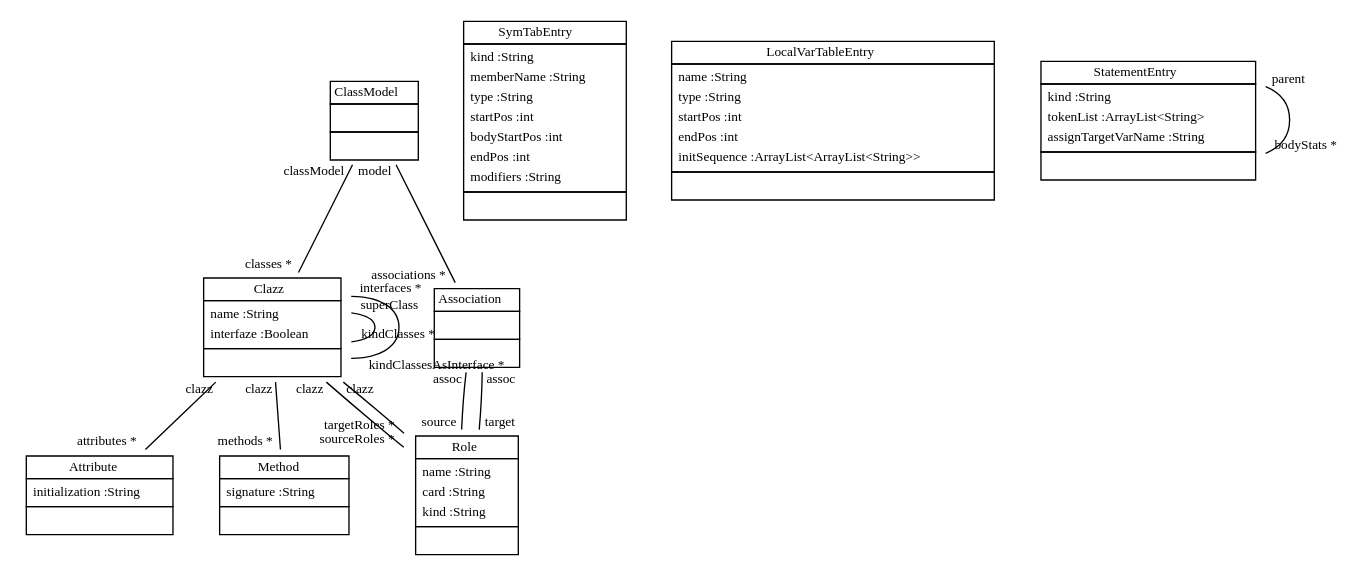
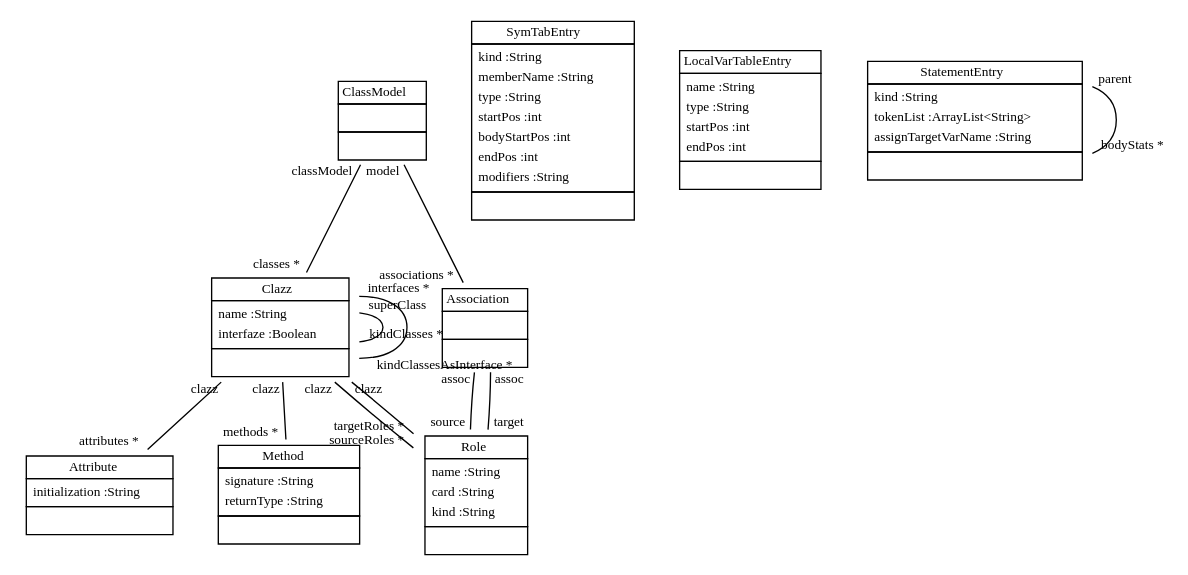
Before and after one commit to fujaba/SDMLib: the diagram in doc/ClassModelClasses01.dot, drawn with Graphviz. The commit also changed 61 other files, not shown here.

```diff
--- a/doc/ClassModelClasses01.dot
+++ b/doc/ClassModelClasses01.dot
@@ -1,30 +1,30 @@
 
  digraph ClassDiagram {
     node [shape = none, fontsize = 10]; 
     edge [fontsize = 10];
     
     
     ClassModel [label=<<table border='0' cellborder='1' cellspacing='0'> <tr> <td>ClassModel</td> </tr> <tr><td><table border='0' cellborder='0' cellspacing='0'> <tr><td> </td></tr> </table></td></tr> <tr><td><table border='0' cellborder='0' cellspacing='0'> <tr><td> </td></tr> </table></td></tr> </table>>];
     Clazz [label=<<table border='0' cellborder='1' cellspacing='0'> <tr> <td>Clazz</td> </tr> <tr><td><table border='0' cellborder='0' cellspacing='0'> <tr><td align='left'>name :String</td></tr> <tr><td align='left'>interfaze :Boolean</td></tr>  </table></td></tr> <tr><td><table border='0' cellborder='0' cellspacing='0'> <tr><td> </td></tr> </table></td></tr> </table>>];
     Attribute [label=<<table border='0' cellborder='1' cellspacing='0'> <tr> <td>Attribute</td> </tr> <tr><td><table border='0' cellborder='0' cellspacing='0'> <tr><td align='left'>initialization :String</td></tr>  </table></td></tr> <tr><td><table border='0' cellborder='0' cellspacing='0'> <tr><td> </td></tr> </table></td></tr> </table>>];
-    Method [label=<<table border='0' cellborder='1' cellspacing='0'> <tr> <td>Method</td> </tr> <tr><td><table border='0' cellborder='0' cellspacing='0'> <tr><td align='left'>signature :String</td></tr>  </table></td></tr> <tr><td><table border='0' cellborder='0' cellspacing='0'> <tr><td> </td></tr> </table></td></tr> </table>>];
+    Method [label=<<table border='0' cellborder='1' cellspacing='0'> <tr> <td>Method</td> </tr> <tr><td><table border='0' cellborder='0' cellspacing='0'> <tr><td align='left'>signature :String</td></tr> <tr><td align='left'>returnType :String</td></tr>  </table></td></tr> <tr><td><table border='0' cellborder='0' cellspacing='0'> <tr><td> </td></tr> </table></td></tr> </table>>];
     Association [label=<<table border='0' cellborder='1' cellspacing='0'> <tr> <td>Association</td> </tr> <tr><td><table border='0' cellborder='0' cellspacing='0'> <tr><td> </td></tr> </table></td></tr> <tr><td><table border='0' cellborder='0' cellspacing='0'> <tr><td> </td></tr> </table></td></tr> </table>>];
     Role [label=<<table border='0' cellborder='1' cellspacing='0'> <tr> <td>Role</td> </tr> <tr><td><table border='0' cellborder='0' cellspacing='0'> <tr><td align='left'>name :String</td></tr> <tr><td align='left'>card :String</td></tr> <tr><td align='left'>kind :String</td></tr>  </table></td></tr> <tr><td><table border='0' cellborder='0' cellspacing='0'> <tr><td> </td></tr> </table></td></tr> </table>>];
     SymTabEntry [label=<<table border='0' cellborder='1' cellspacing='0'> <tr> <td>SymTabEntry</td> </tr> <tr><td><table border='0' cellborder='0' cellspacing='0'> <tr><td align='left'>kind :String</td></tr> <tr><td align='left'>memberName :String</td></tr> <tr><td align='left'>type :String</td></tr> <tr><td align='left'>startPos :int</td></tr> <tr><td align='left'>bodyStartPos :int</td></tr> <tr><td align='left'>endPos :int</td></tr> <tr><td align='left'>modifiers :String</td></tr>  </table></td></tr> <tr><td><table border='0' cellborder='0' cellspacing='0'> <tr><td> </td></tr> </table></td></tr> </table>>];
-    LocalVarTableEntry [label=<<table border='0' cellborder='1' cellspacing='0'> <tr> <td>LocalVarTableEntry</td> </tr> <tr><td><table border='0' cellborder='0' cellspacing='0'> <tr><td align='left'>name :String</td></tr> <tr><td align='left'>type :String</td></tr> <tr><td align='left'>startPos :int</td></tr> <tr><td align='left'>endPos :int</td></tr> <tr><td align='left'>initSequence :ArrayList&#60;ArrayList&#60;String&#62;&#62;</td></tr>  </table></td></tr> <tr><td><table border='0' cellborder='0' cellspacing='0'> <tr><td> </td></tr> </table></td></tr> </table>>];
+    LocalVarTableEntry [label=<<table border='0' cellborder='1' cellspacing='0'> <tr> <td>LocalVarTableEntry</td> </tr> <tr><td><table border='0' cellborder='0' cellspacing='0'> <tr><td align='left'>name :String</td></tr> <tr><td align='left'>type :String</td></tr> <tr><td align='left'>startPos :int</td></tr> <tr><td align='left'>endPos :int</td></tr>  </table></td></tr> <tr><td><table border='0' cellborder='0' cellspacing='0'> <tr><td> </td></tr> </table></td></tr> </table>>];
     StatementEntry [label=<<table border='0' cellborder='1' cellspacing='0'> <tr> <td>StatementEntry</td> </tr> <tr><td><table border='0' cellborder='0' cellspacing='0'> <tr><td align='left'>kind :String</td></tr> <tr><td align='left'>tokenList :ArrayList&#60;String&#62;</td></tr> <tr><td align='left'>assignTargetVarName :String</td></tr>  </table></td></tr> <tr><td><table border='0' cellborder='0' cellspacing='0'> <tr><td> </td></tr> </table></td></tr> </table>>];
     
     
     
     ClassModel -> Clazz [headlabel = "classes *" taillabel = "classModel" arrowhead = "none" ];
     Clazz -> Clazz [headlabel = "kindClasses *" taillabel = "superClass" arrowhead = "none" ];
     Clazz -> Clazz [headlabel = "kindClassesAsInterface *" taillabel = "interfaces *" arrowhead = "none" ];
     Clazz -> Attribute [headlabel = "attributes *" taillabel = "clazz" arrowhead = "none" ];
     Clazz -> Method [headlabel = "methods *" taillabel = "clazz" arrowhead = "none" ];
     ClassModel -> Association [headlabel = "associations *" taillabel = "model" arrowhead = "none" ];
     Clazz -> Role [headlabel = "sourceRoles *" taillabel = "clazz" arrowhead = "none" ];
     Clazz -> Role [headlabel = "targetRoles *" taillabel = "clazz" arrowhead = "none" ];
     Association -> Role [headlabel = "source" taillabel = "assoc" arrowhead = "none" ];
     Association -> Role [headlabel = "target" taillabel = "assoc" arrowhead = "none" ];
     StatementEntry -> StatementEntry [headlabel = "bodyStats *" taillabel = "parent" arrowhead = "none" ];
 }
```
